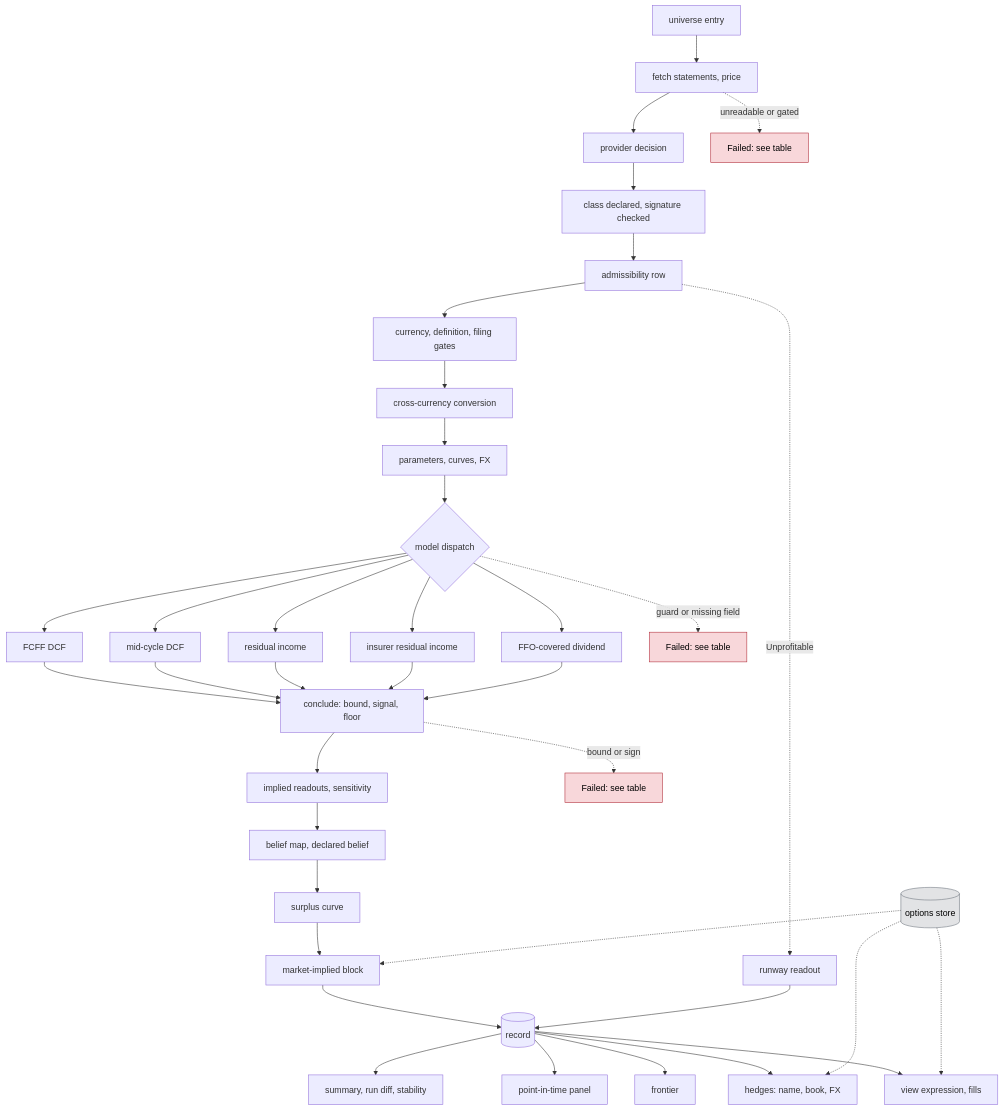
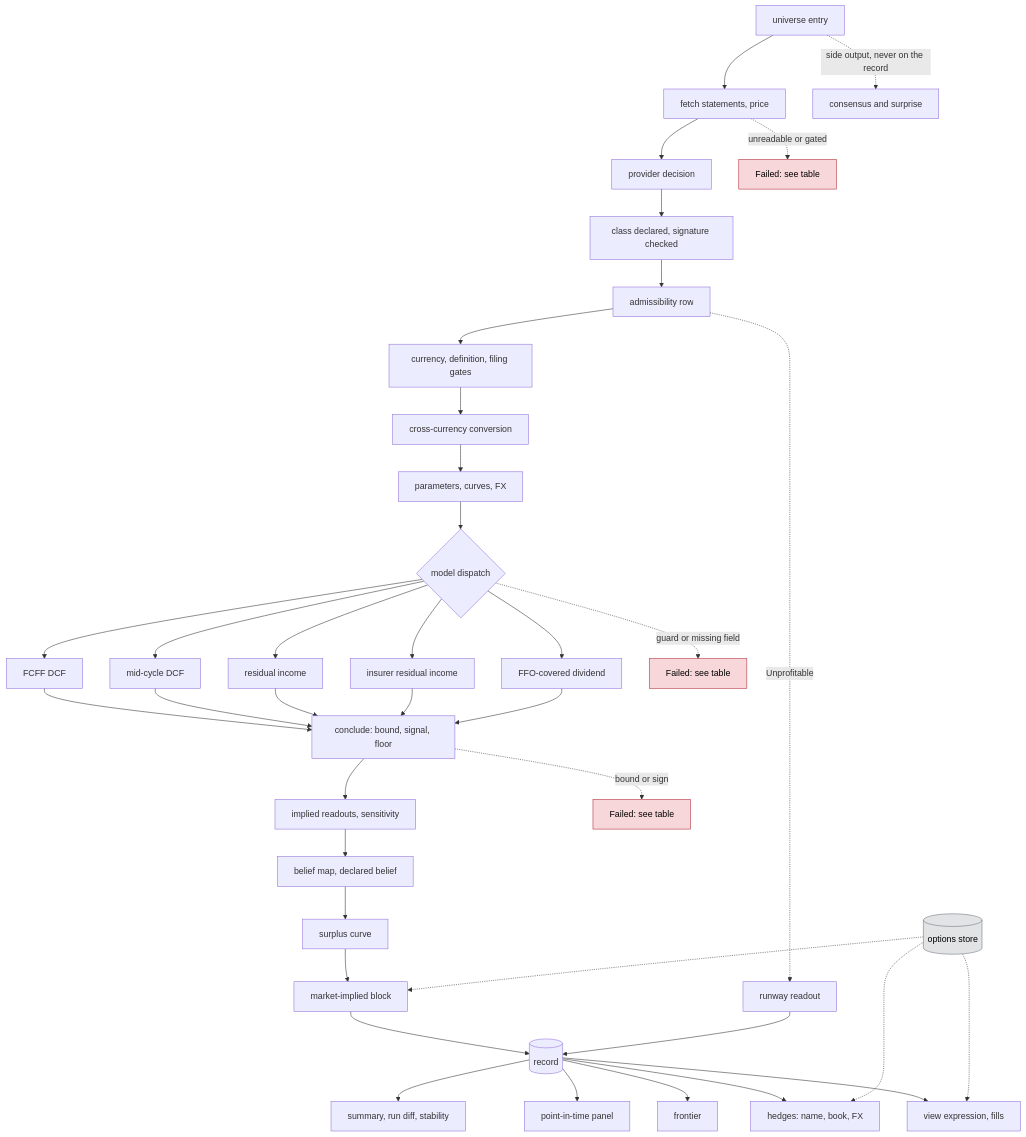
Before and after one commit to cb-g/atemoya: the diagram in docs/flow.mmd, drawn with Mermaid. The commit also changed 6 other files, not shown here.

```diff
--- a/docs/flow.mmd
+++ b/docs/flow.mmd
@@ -1,42 +1,43 @@
 %% Stages only: reasoning lives in docs/flow.md, every Failed string in its table.
 flowchart TD
   U[universe entry] --> F[fetch statements, price]
   F --> P[provider decision]
   P --> D[class declared, signature checked]
   D --> A[admissibility row]
   A --> G[currency, definition, filing gates]
   G --> X[cross-currency conversion]
   X --> R[parameters, curves, FX]
   R --> M{model dispatch}
   M --> DCF[FCFF DCF]
   M --> MID[mid-cycle DCF]
   M --> RI[residual income]
   M --> INS[insurer residual income]
   M --> REIT[FFO-covered dividend]
   DCF --> C[conclude: bound, signal, floor]
   MID --> C
   RI --> C
   INS --> C
   REIT --> C
   C --> RO[implied readouts, sensitivity]
   RO --> B[belief map, declared belief]
   B --> SC[surplus curve]
   SC --> MK[market-implied block]
   MK --> REC[(record)]
   REC --> OUT[summary, run diff, stability]
   REC --> PAN[point-in-time panel]
   REC --> FR[frontier]
   REC --> H[hedges: name, book, FX]
   REC --> V[view expression, fills]
   ST[(options store)] -.-> MK
   ST -.-> H
   ST -.-> V
   F -. "unreadable or gated" .-> FF1[Failed: see table]
   M -. "guard or missing field" .-> FF2[Failed: see table]
   A -. "Unprofitable" .-> RW[runway readout]
   RW --> REC
+  U -. "side output, never on the record" .-> CS[consensus and surprise]
   C -. "bound or sign" .-> FF3[Failed: see table]
   classDef failed fill:#f8d7da,stroke:#b02a37,color:#000
   classDef store fill:#e2e3e5,stroke:#6c757d,color:#000
   class FF1,FF2,FF3 failed
   class ST store
```
